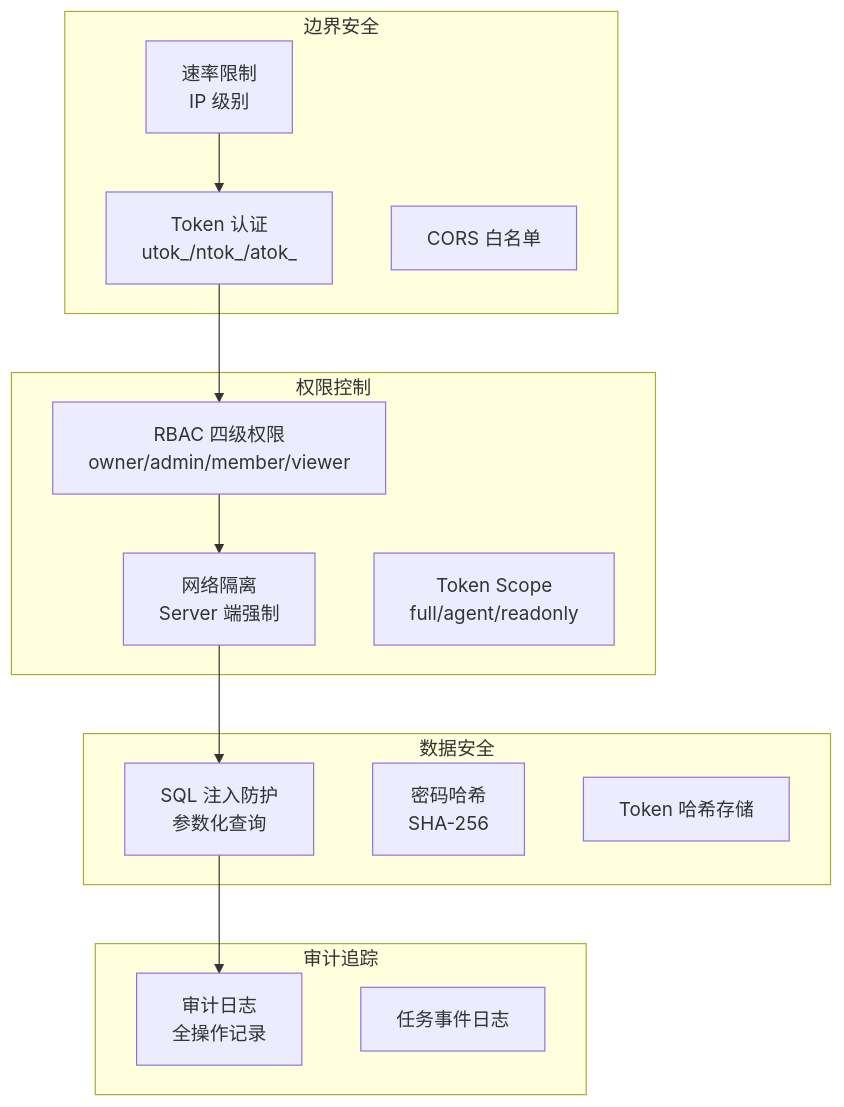
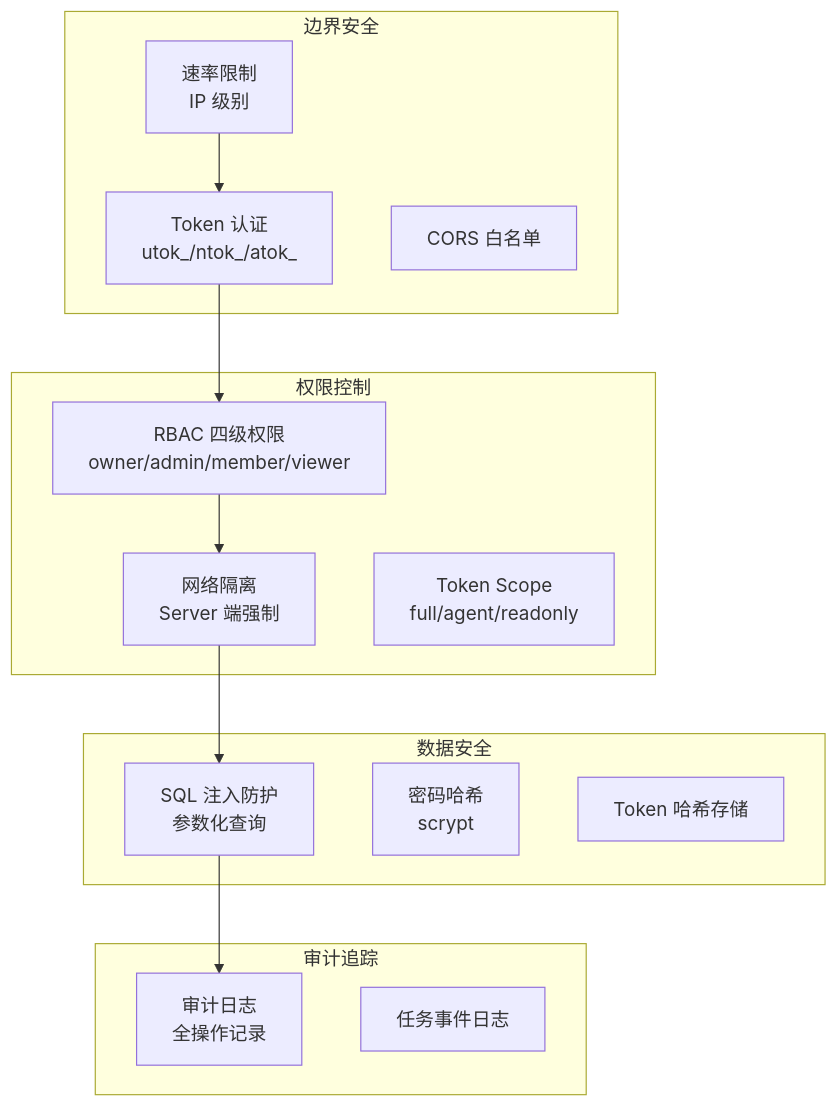
Before and after one commit to sleep2agi/agent-network: the first of 2 diagrams in docs-site/docs/concepts/security.md, drawn with Mermaid. The commit also changed other lines of this file and 1 other file, not shown here.

Commit message:
docs(security): correct password hashing to salted scrypt (was wrongly documented as SHA-256/static-salt + 'Argon2id pending')

````diff
--- a/docs-site/docs/concepts/security.md
+++ b/docs-site/docs/concepts/security.md
@@ -7,31 +7,31 @@
 ```mermaid
 graph TB
     subgraph "边界安全"
         RL[速率限制<br/>IP 级别]
         AUTH[Token 认证<br/>utok_/ntok_/atok_]
         CORS[CORS 白名单]
     end
 
     subgraph "权限控制"
         RBAC[RBAC 四级权限<br/>owner/admin/member/viewer]
         NET[网络隔离<br/>Server 端强制]
         SCOPE[Token Scope<br/>full/agent/readonly]
     end
 
     subgraph "数据安全"
         SQL[SQL 注入防护<br/>参数化查询]
-        PWD[密码哈希<br/>SHA-256]
+        PWD[密码哈希<br/>scrypt]
         TKHASH[Token 哈希存储]
     end
 
     subgraph "审计追踪"
         AUDIT[审计日志<br/>全操作记录]
         EVENTS[任务事件日志]
     end
 
     RL --> AUTH
     AUTH --> RBAC
     RBAC --> NET
     NET --> SQL
     SQL --> AUDIT
 ```
````
